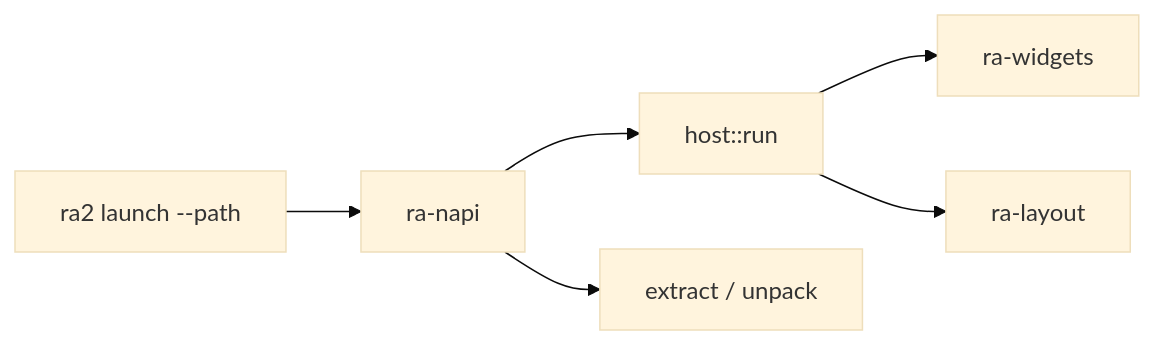
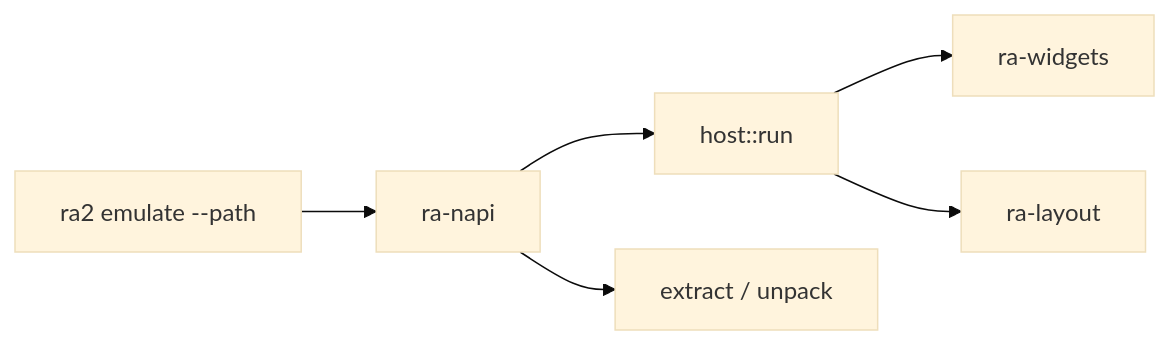
One commit to rust-alert/ra2.exe changed the diagram in projects/bindings/ra-napi/readme.md. Above: the diagram before and after it, drawn with Mermaid (base theme). The commit also changed other lines of this file and 18 other files, not shown here.

First line of the commit message:
♻️ Rename product CLI entry from `launch` to `emulate`

````diff
--- a/projects/bindings/ra-napi/readme.md
+++ b/projects/bindings/ra-napi/readme.md
@@ -8,8 +8,8 @@
 ```mermaid
 flowchart LR
-    A["ra2 launch --path"] --> B[ra-napi]
+    A["ra2 emulate --path"] --> B[ra-napi]
     B --> C["host::run"]
     B --> D[extract / unpack]
     C --> E[ra-widgets]
     C --> F[ra-layout]
 ```
````
